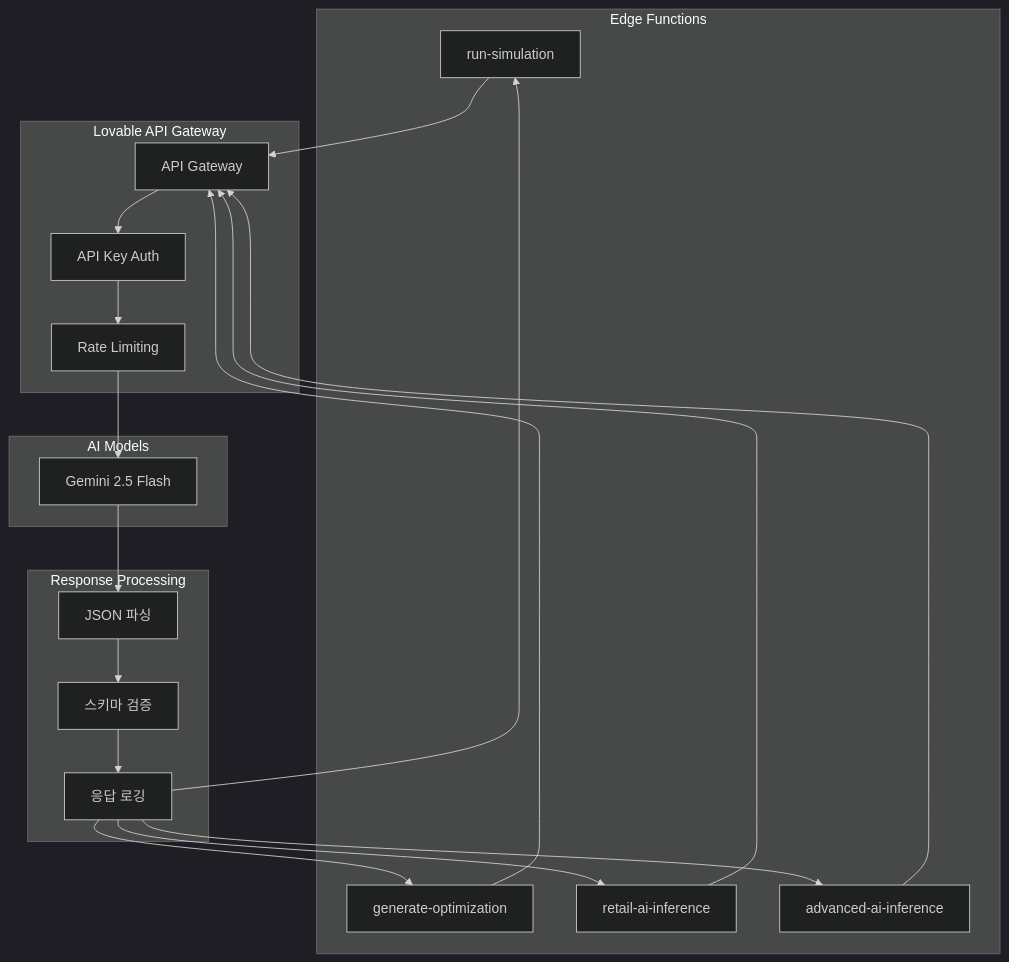
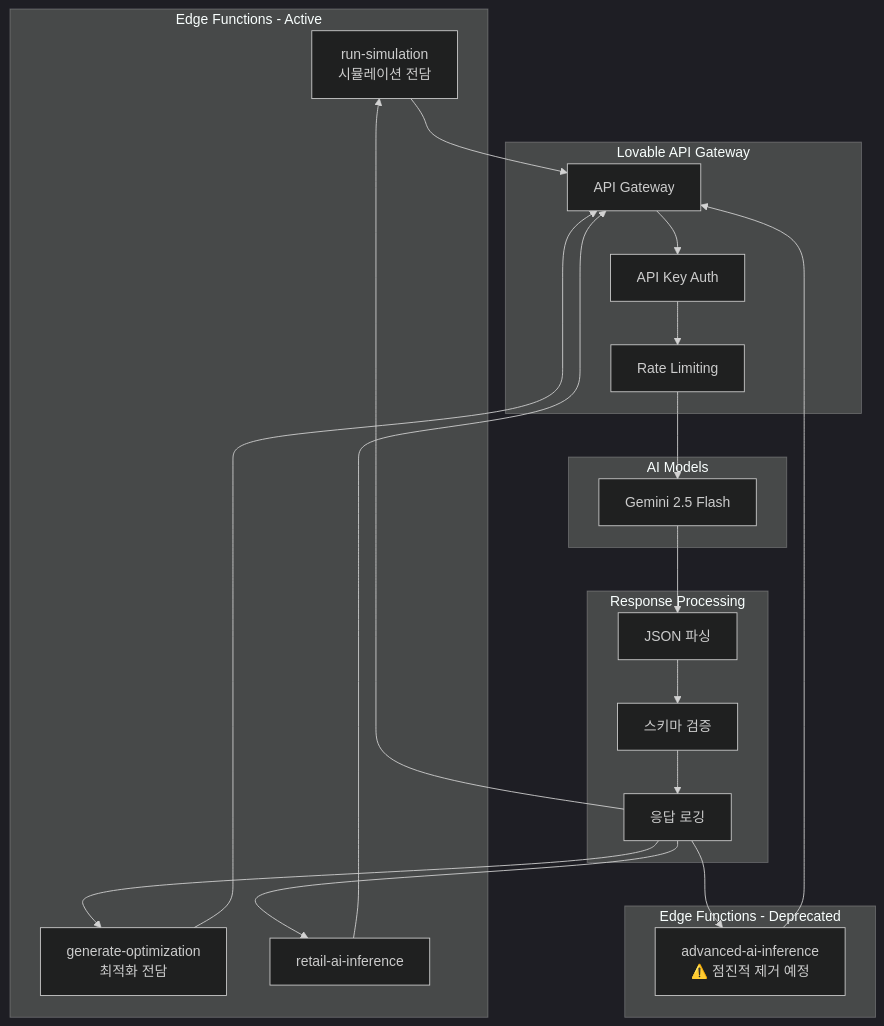
One commit to sungshincho/Customer_Dashboard changed diagram 12 of 18 in docs/NEURALTWIN_SERVICE_FLOW.md. Above: the diagram before and after it, drawn with Mermaid (dark theme). The commit also changed other lines of this file and 4 other files, not shown here.

````diff
--- a/docs/NEURALTWIN_SERVICE_FLOW.md
+++ b/docs/NEURALTWIN_SERVICE_FLOW.md
@@ -587,42 +622,45 @@
 ```mermaid
 flowchart TB
-    subgraph "Edge Functions"
-        EF1[run-simulation]
-        EF2[generate-optimization]
+    subgraph "Edge Functions - Active"
+        EF1[run-simulation<br/>시뮬레이션 전담]
+        EF2[generate-optimization<br/>최적화 전담]
         EF3[retail-ai-inference]
-        EF4[advanced-ai-inference]
+    end
+
+    subgraph "Edge Functions - Deprecated"
+        EF4[advanced-ai-inference<br/>⚠️ 점진적 제거 예정]
     end
 
     subgraph "Lovable API Gateway"
         GATEWAY[API Gateway]
         RATE_LIMIT[Rate Limiting]
         AUTH[API Key Auth]
     end
 
     subgraph "AI Models"
         GEMINI[Gemini 2.5 Flash]
     end
 
     subgraph "Response Processing"
         PARSE[JSON 파싱]
         VALIDATE[스키마 검증]
         LOG[응답 로깅]
     end
 
     EF1 --> GATEWAY
     EF2 --> GATEWAY
     EF3 --> GATEWAY
     EF4 --> GATEWAY
 
     GATEWAY --> AUTH
     AUTH --> RATE_LIMIT
     RATE_LIMIT --> GEMINI
 
     GEMINI --> PARSE
     PARSE --> VALIDATE
     VALIDATE --> LOG
     LOG --> EF1
     LOG --> EF2
     LOG --> EF3
     LOG --> EF4
 ```
````
